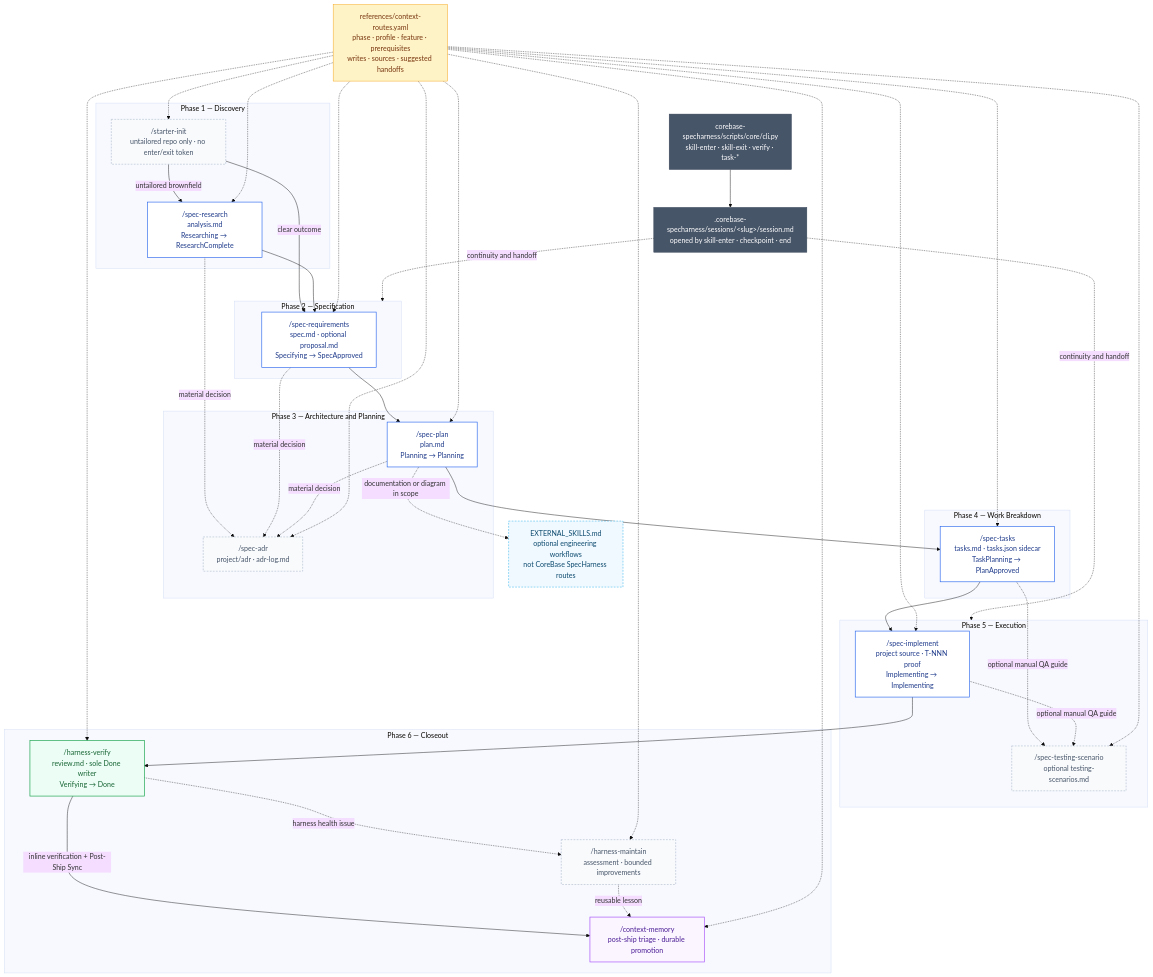
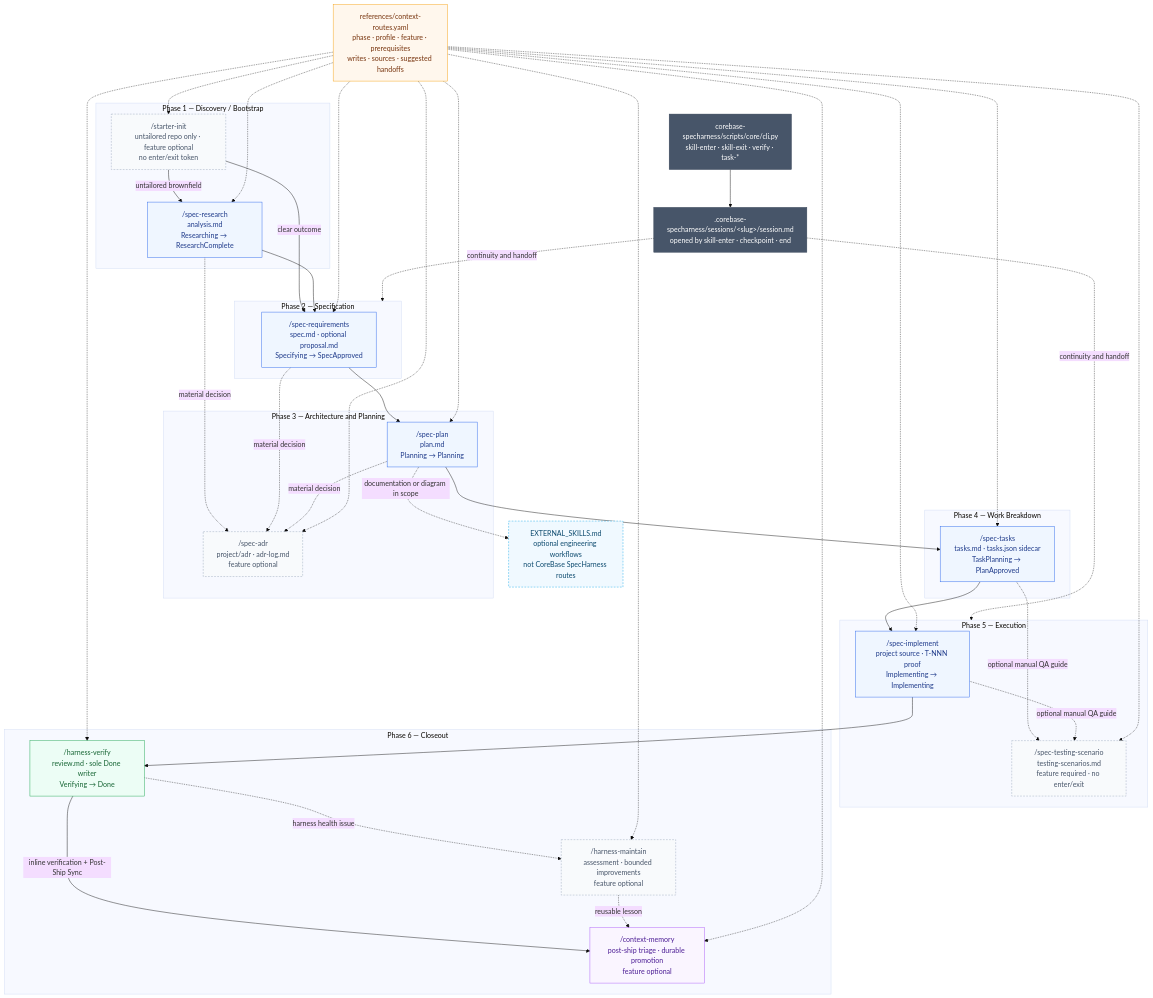
Before and after one commit to thaihai-swe/corebase-specharness: the diagram in documents/diagrams/source/architecture/skills-repository-architecture.mmd, drawn with Mermaid (base theme). The commit also changed 22 other files, not shown here.

First line of the commit message:
Refactor workflow diagrams and enhance documentation

```diff
--- a/documents/diagrams/source/architecture/skills-repository-architecture.mmd
+++ b/documents/diagrams/source/architecture/skills-repository-architecture.mmd
@@ -1,86 +1,88 @@
 flowchart TB
     %% Direct skill topology — implementation authority:
     %% WORKFLOW.md §4, skills/*/SKILL.md, and references/context-routes.yaml
+    %% Palette: documents/diagrams/source/_shared/palette.md
 
-    subgraph PHASE1["Phase 1 — Discovery"]
-        START["/starter-init<br/>untailored repo only · no enter/exit token"]:::optional
-        RESEARCH["/spec-research<br/>analysis.md<br/>Researching → ResearchComplete"]:::skill
+    subgraph PHASE1["Phase 1 — Discovery / Bootstrap"]
+        START["/starter-init<br/>untailored repo only · feature optional<br/>no enter/exit token"]:::optional
+        RESEARCH["/spec-research<br/>analysis.md<br/>Researching → ResearchComplete"]:::core
     end
 
     subgraph PHASE2["Phase 2 — Specification"]
-        REQUIREMENTS["/spec-requirements<br/>spec.md · optional proposal.md<br/>Specifying → SpecApproved"]:::skill
+        REQUIREMENTS["/spec-requirements<br/>spec.md · optional proposal.md<br/>Specifying → SpecApproved"]:::core
     end
 
     subgraph PHASE3["Phase 3 — Architecture and Planning"]
-        PLAN["/spec-plan<br/>plan.md<br/>Planning → Planning"]:::skill
-        ADR["/spec-adr<br/>project/adr · adr-log.md"]:::optional
+        PLAN["/spec-plan<br/>plan.md<br/>Planning → Planning"]:::core
+        ADR["/spec-adr<br/>project/adr · adr-log.md<br/>feature optional"]:::optional
     end
 
     subgraph PHASE4["Phase 4 — Work Breakdown"]
-        TASKS["/spec-tasks<br/>tasks.md · tasks.json sidecar<br/>TaskPlanning → PlanApproved"]:::skill
+        TASKS["/spec-tasks<br/>tasks.md · tasks.json sidecar<br/>TaskPlanning → PlanApproved"]:::core
     end
 
     subgraph PHASE5["Phase 5 — Execution"]
-        IMPL["/spec-implement<br/>project source · T-NNN proof<br/>Implementing → Implementing"]:::skill
-        TESTING["/spec-testing-scenario<br/>optional testing-scenarios.md"]:::optional
+        IMPL["/spec-implement<br/>project source · T-NNN proof<br/>Implementing → Implementing"]:::core
+        TESTING["/spec-testing-scenario<br/>testing-scenarios.md<br/>feature required · no enter/exit"]:::optional
     end
 
     subgraph PHASE6["Phase 6 — Closeout"]
         VERIFY["/harness-verify<br/>review.md · sole Done writer<br/>Verifying → Done"]:::gate
-        MEMORY["/context-memory<br/>post-ship triage · durable promotion"]:::memory
-        HARNESS["/harness-maintain<br/>assessment · bounded improvements"]:::optional
+        MEMORY["/context-memory<br/>post-ship triage · durable promotion<br/>feature optional"]:::memory
+        HARNESS["/harness-maintain<br/>assessment · bounded improvements<br/>feature optional"]:::optional
     end
 
-    ROUTES["references/context-routes.yaml<br/>phase · profile · feature · prerequisites<br/>writes · sources · suggested handoffs"]:::router
-    SESSION[".corebase-specharness/sessions/&lt;slug&gt;/session.md<br/>opened by skill-enter · checkpoint · end"]:::runtime
-    CLI["corebase-specharness/scripts/core/cli.py<br/>skill-enter · skill-exit · verify · task-*"]:::runtime
+    ROUTES["references/context-routes.yaml<br/>phase · profile · feature · prerequisites<br/>writes · sources · suggested handoffs"]:::decision
+    SESSION[".corebase-specharness/sessions/&lt;slug&gt;/session.md<br/>opened by skill-enter · checkpoint · end"]:::agent
+    CLI["corebase-specharness/scripts/core/cli.py<br/>skill-enter · skill-exit · verify · task-*"]:::agent
     EXTERNAL["EXTERNAL_SKILLS.md<br/>optional engineering workflows<br/>not CoreBase SpecHarness routes"]:::external
 
     START -->|untailored brownfield| RESEARCH
     START -->|clear outcome| REQUIREMENTS
     RESEARCH --> REQUIREMENTS
     REQUIREMENTS --> PLAN
     PLAN --> TASKS
     TASKS --> IMPL
     IMPL --> VERIFY
     VERIFY -->|inline verification + Post-Ship Sync| MEMORY
 
-    RESEARCH -. material decision .-> ADR
-    REQUIREMENTS -. material decision .-> ADR
-    PLAN -. material decision .-> ADR
-    TASKS -. optional manual QA guide .-> TESTING
-    IMPL -. optional manual QA guide .-> TESTING
-    VERIFY -. harness health issue .-> HARNESS
-    HARNESS -. reusable lesson .-> MEMORY
-    PLAN -. documentation or diagram in scope .-> EXTERNAL
+    RESEARCH -.->|material decision| ADR
+    REQUIREMENTS -.->|material decision| ADR
+    PLAN -.->|material decision| ADR
+    TASKS -.->|optional manual QA guide| TESTING
+    IMPL -.->|optional manual QA guide| TESTING
+    VERIFY -.->|harness health issue| HARNESS
+    HARNESS -.->|reusable lesson| MEMORY
+    PLAN -.->|documentation or diagram in scope| EXTERNAL
 
     ROUTES -.-> START
     ROUTES -.-> RESEARCH
     ROUTES -.-> REQUIREMENTS
     ROUTES -.-> PLAN
     ROUTES -.-> TASKS
     ROUTES -.-> IMPL
     ROUTES -.-> VERIFY
     ROUTES -.-> MEMORY
     ROUTES -.-> HARNESS
     ROUTES -.-> ADR
     ROUTES -.-> TESTING
     CLI --> SESSION
-    SESSION -. continuity and handoff .-> PHASE2
-    SESSION -. continuity and handoff .-> PHASE5
+    SESSION -.->|continuity and handoff| PHASE2
+    SESSION -.->|continuity and handoff| PHASE5
 
-    classDef skill fill:#fff,stroke:#2563eb,color:#1e3a8a,stroke-width:1.4px
-    classDef gate fill:#ecfdf5,stroke:#16a34a,color:#166534,stroke-width:1.5px
-    classDef memory fill:#faf5ff,stroke:#a855f7,color:#4c1d95,stroke-width:1.5px
+    classDef terminal fill:#111827,stroke:#111827,color:#fff
+    classDef core fill:#eff6ff,stroke:#2563eb,color:#1e3a8a
+    classDef gate fill:#ecfdf5,stroke:#16a34a,color:#166534
+    classDef decision fill:#fff7ed,stroke:#f59e0b,color:#78350f
     classDef optional fill:#f8fafc,stroke:#94a3b8,color:#475569,stroke-dasharray:4 3
-    classDef router fill:#fef3c7,stroke:#f59e0b,color:#78350f
-    classDef runtime fill:#475569,stroke:#334155,color:#fff
     classDef external fill:#f0f9ff,stroke:#0ea5e9,color:#0c4a6e,stroke-dasharray:4 3
+    classDef memory fill:#faf5ff,stroke:#a855f7,color:#4c1d95
+    classDef agent fill:#475569,stroke:#334155,color:#fff
 
-    class RESEARCH,REQUIREMENTS,PLAN,TASKS,IMPL skill
+    class RESEARCH,REQUIREMENTS,PLAN,TASKS,IMPL core
     class VERIFY gate
+    class ROUTES decision
+    class START,ADR,TESTING,HARNESS optional
+    class EXTERNAL external
     class MEMORY memory
-    class START,ADR,TESTING,HARNESS optional
-    class ROUTES router
-    class SESSION,CLI runtime
-    class EXTERNAL external
+    class SESSION,CLI agent
```
